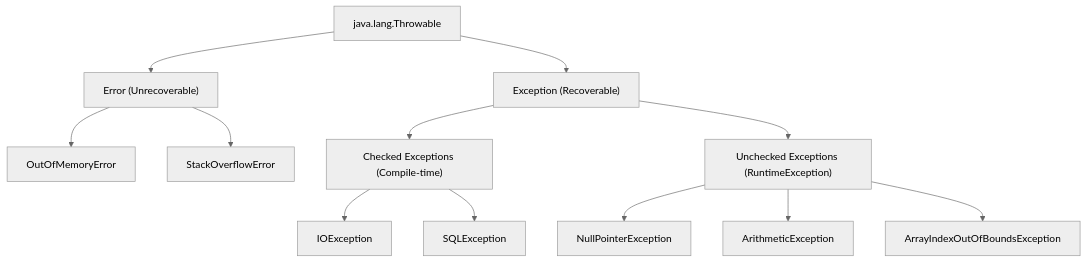
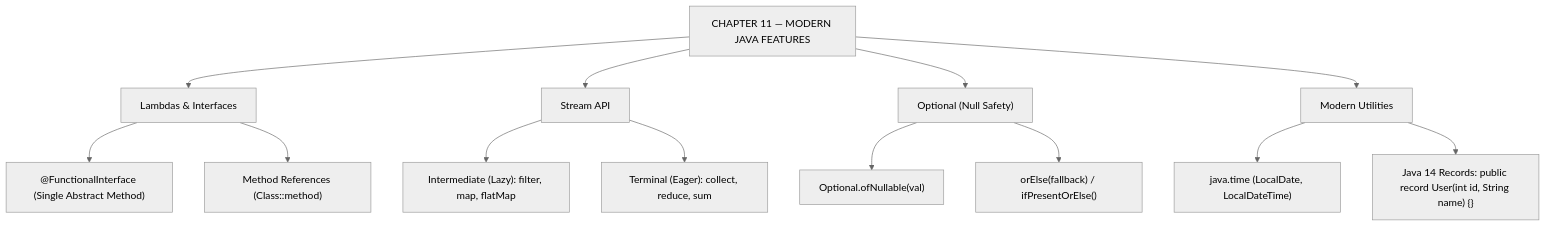
The second of 2 diagrams in java/chapter11.md (CHANDUAJMEERA277/ksai_final), drawn with Mermaid (neutral theme) before and after one commit. The commit also changed other lines of this file and 21 other files, not shown here.

Commit message:
feat: replace all Java chapter markdown files with complete publication textbook content from PDF

````diff
--- a/java/chapter11.md
+++ b/java/chapter11.md
@@ -20,18 +472,19 @@
 ```mermaid
 graph TD
-    Throwable["java.lang.Throwable"] --> Error["Error (Unrecoverable)"]
-    Throwable --> Exception["Exception (Recoverable)"]
+    Root["CHAPTER 11 — MODERN JAVA FEATURES"] --> Lambdas11["Lambdas & Interfaces"]
+    Root --> StreamAPI11["Stream API"]
+    Root --> Opt11["Optional (Null Safety)"]
+    Root --> Utils11["Modern Utilities"]
 
-    Error --> OutOfMemory["OutOfMemoryError"]
-    Error --> StackOverflow["StackOverflowError"]
+    Lambdas11 --> SAM11["@FunctionalInterface (Single Abstract Method)"]
+    Lambdas11 --> MethodRef11["Method References (Class::method)"]
 
-    Exception --> Checked["Checked Exceptions (Compile-time)"]
-    Exception --> RuntimeEx["Unchecked Exceptions (RuntimeException)"]
+    StreamAPI11 --> Lazy11["Intermediate (Lazy): filter, map, flatMap"]
+    StreamAPI11 --> Eager11["Terminal (Eager): collect, reduce, sum"]
 
-    Checked --> IOException["IOException"]
-    Checked --> SQLException["SQLException"]
+    Opt11 --> Wrap["Optional.ofNullable(val)"]
+    Opt11 --> SafeUnwrap["orElse(fallback) / ifPresentOrElse()"]
 
-    RuntimeEx --> NullPointer["NullPointerException"]
-    RuntimeEx --> Arithmetic["ArithmeticException"]
-    RuntimeEx --> IndexOut["ArrayIndexOutOfBoundsException"]
+    Utils11 --> TimeAPI["java.time (LocalDate, LocalDateTime)"]
+    Utils11 --> Records11["Java 14 Records: public record User(int id, String name) {}"]
 ```
````
